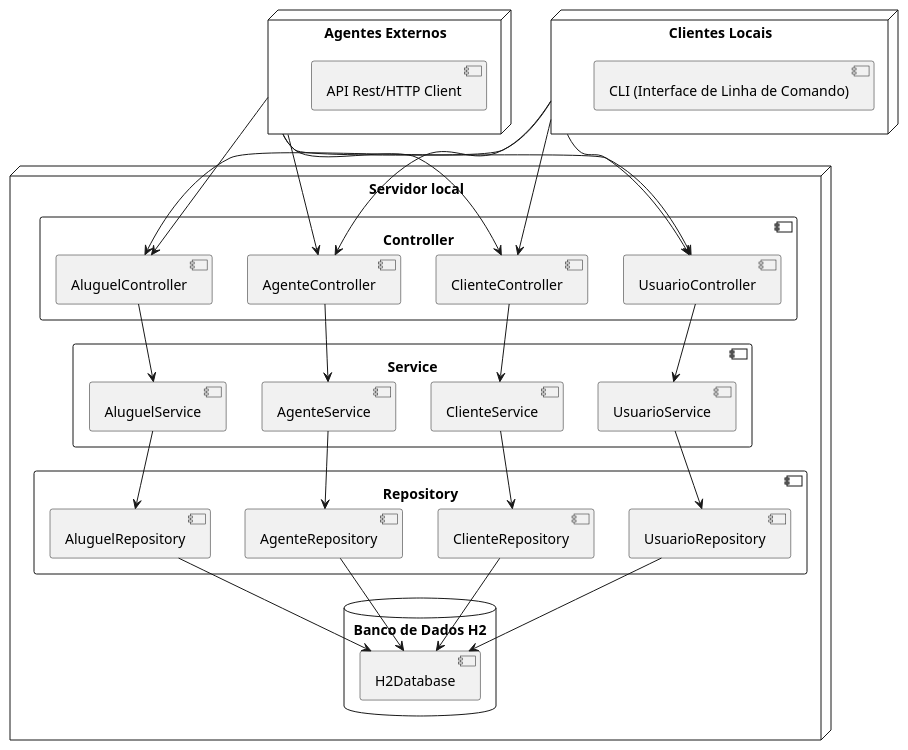
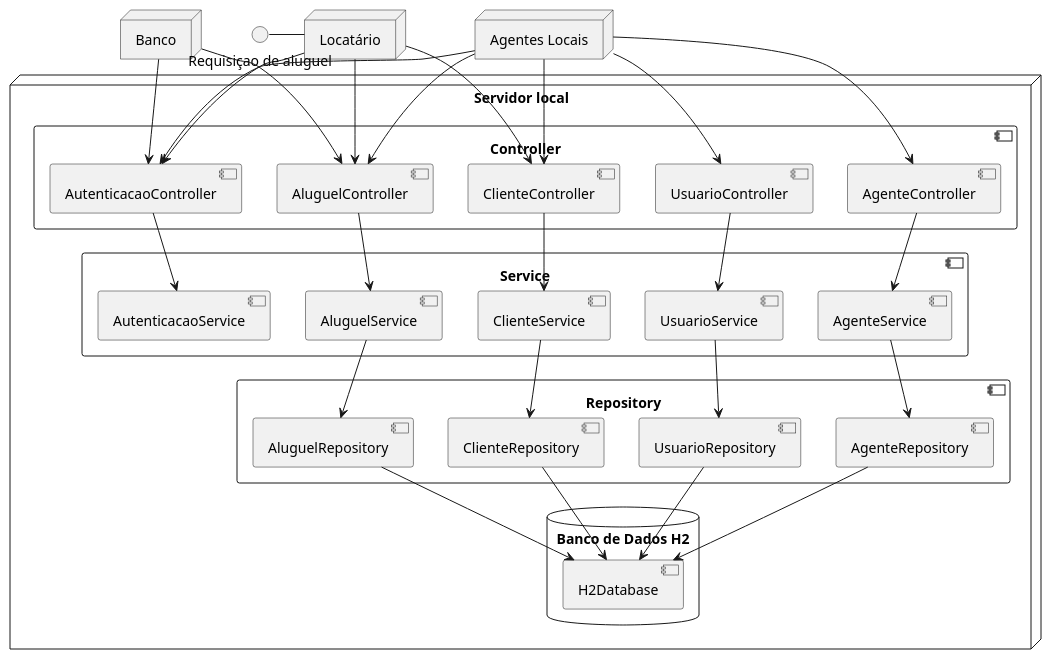
One commit to software-engineering-graduation/sistema_aluguel_carros-lds2024 changed the diagram in projeto/diagrama_de_componentes.puml. Above: the diagram before and after it, drawn with PlantUML.

```diff
--- a/projeto/diagrama_de_componentes.puml
+++ b/projeto/diagrama_de_componentes.puml
@@ -1,61 +1,73 @@
 @startuml
 node "Servidor local" {
     component "Controller" {
         [UsuarioController] 
         [ClienteController]
         [AgenteController]
         [AluguelController]
+        [AutenticacaoController]
     }
 
     component "Service" {
         [UsuarioService] 
         [ClienteService]
         [AgenteService]
         [AluguelService]
+        [AutenticacaoService]
     }
 
     component "Repository" {
         [UsuarioRepository]
         [ClienteRepository]
         [AgenteRepository]
         [AluguelRepository]
     }
 
+
     database "Banco de Dados H2" {
         [H2Database]
     }
 }
 
-node "Agentes Externos" {
-    [API Rest/HTTP Client]
+node "Banco" {
 }
 
-node "Clientes Locais" {
-    [CLI (Interface de Linha de Comando)]
+node "Agentes Locais" {
 }
 
-"Agentes Externos" --> UsuarioController
-"Agentes Externos" --> ClienteController
-"Agentes Externos" --> AgenteController
-"Agentes Externos" --> AluguelController
+node "Locatário" {
+}
 
-"Clientes Locais" --> UsuarioController
-"Clientes Locais" --> ClienteController
-"Clientes Locais" --> AgenteController
-"Clientes Locais" --> AluguelController
+interface "Requisiçao de aluguel" as RAL
+
+RAL  - [Locatário]
+
+"Locatário" --> AluguelController
+"Locatário" --> ClienteController
+"Locatário" --> AutenticacaoController
+
+"Banco" --> AluguelController
+"Banco" --> AutenticacaoController
+
+"Agentes Locais" --> UsuarioController
+"Agentes Locais" --> ClienteController
+"Agentes Locais" --> AgenteController
+"Agentes Locais" --> AluguelController
+"Agentes Locais" --> AutenticacaoController
 
 UsuarioController --> UsuarioService
 ClienteController --> ClienteService
 AgenteController --> AgenteService
 AluguelController --> AluguelService
+AutenticacaoController --> AutenticacaoService
 
 UsuarioService --> UsuarioRepository
 ClienteService --> ClienteRepository
 AgenteService --> AgenteRepository
 AluguelService --> AluguelRepository
 
 UsuarioRepository --> H2Database
 ClienteRepository --> H2Database
 AgenteRepository --> H2Database
 AluguelRepository --> H2Database
 @enduml
```
